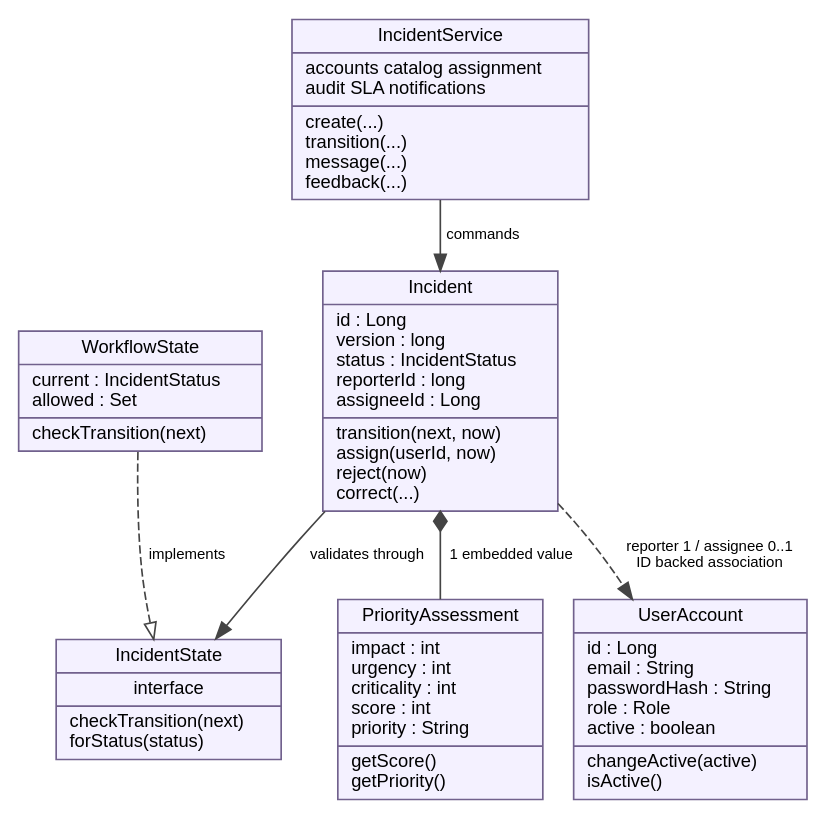
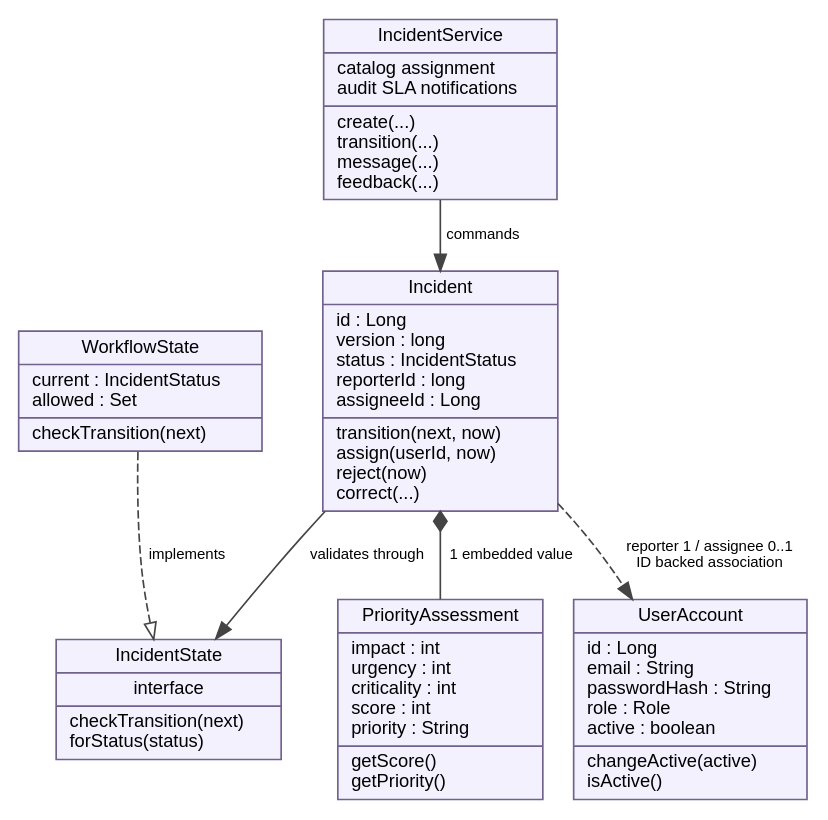
The diagram in docs/report/diagrams/domain_classes.dot (Darshan-Bhandari/CSF213-OOPS-Project), drawn with Graphviz before and after one commit. The commit also changed 14 other files, not shown here.

Commit message:
Reconcile static review in report and diagrams; prepare deterministic demo and pending Mac verification

```diff
--- a/docs/report/diagrams/domain_classes.dot
+++ b/docs/report/diagrams/domain_classes.dot
@@ -1,14 +1,14 @@
 digraph G {graph [bgcolor="white",ranksep=.45,nodesep=.25]; node [fontname="Helvetica",fontsize=11,shape=box,style="rounded,filled",fillcolor="#f4f1ff",color="#71618d"]; edge [fontname="Helvetica",fontsize=9,color="#444444"];node [shape=record,style=filled];rankdir=TB;
  Incident [label="{Incident|id : Long\lversion : long\lstatus : IncidentStatus\lreporterId : long\lassigneeId : Long\l|transition(next, now)\lassign(userId, now)\lreject(now)\lcorrect(...)\l}"];
  Priority [label="{PriorityAssessment|impact : int\lurgency : int\lcriticality : int\lscore : int\lpriority : String\l|getScore()\lgetPriority()\l}"];
  State [label="{IncidentState|interface|checkTransition(next)\lforStatus(status)\l}"];
  Workflow [label="{WorkflowState|current : IncidentStatus\lallowed : Set\l|checkTransition(next)\l}"];
  User [label="{UserAccount|id : Long\lemail : String\lpasswordHash : String\lrole : Role\lactive : boolean\l|changeActive(active)\lisActive()\l}"];
- Service [label="{IncidentService|accounts catalog assignment\laudit SLA notifications\l|create(...)\ltransition(...)\lmessage(...)\lfeedback(...)\l}"];
+ Service [label="{IncidentService|catalog assignment\laudit SLA notifications\l|create(...)\ltransition(...)\lmessage(...)\lfeedback(...)\l}"];
  Incident -> Priority [dir=both,arrowtail=diamond,arrowhead=none,label="1 embedded value"];
  Incident -> State [label="validates through"];
  Workflow -> State [arrowhead=empty,style=dashed,label="implements"];
  Service -> Incident [label="commands"];
  Incident -> User [label="reporter 1 / assignee 0..1
 ID backed association",style=dashed];
  }
```
